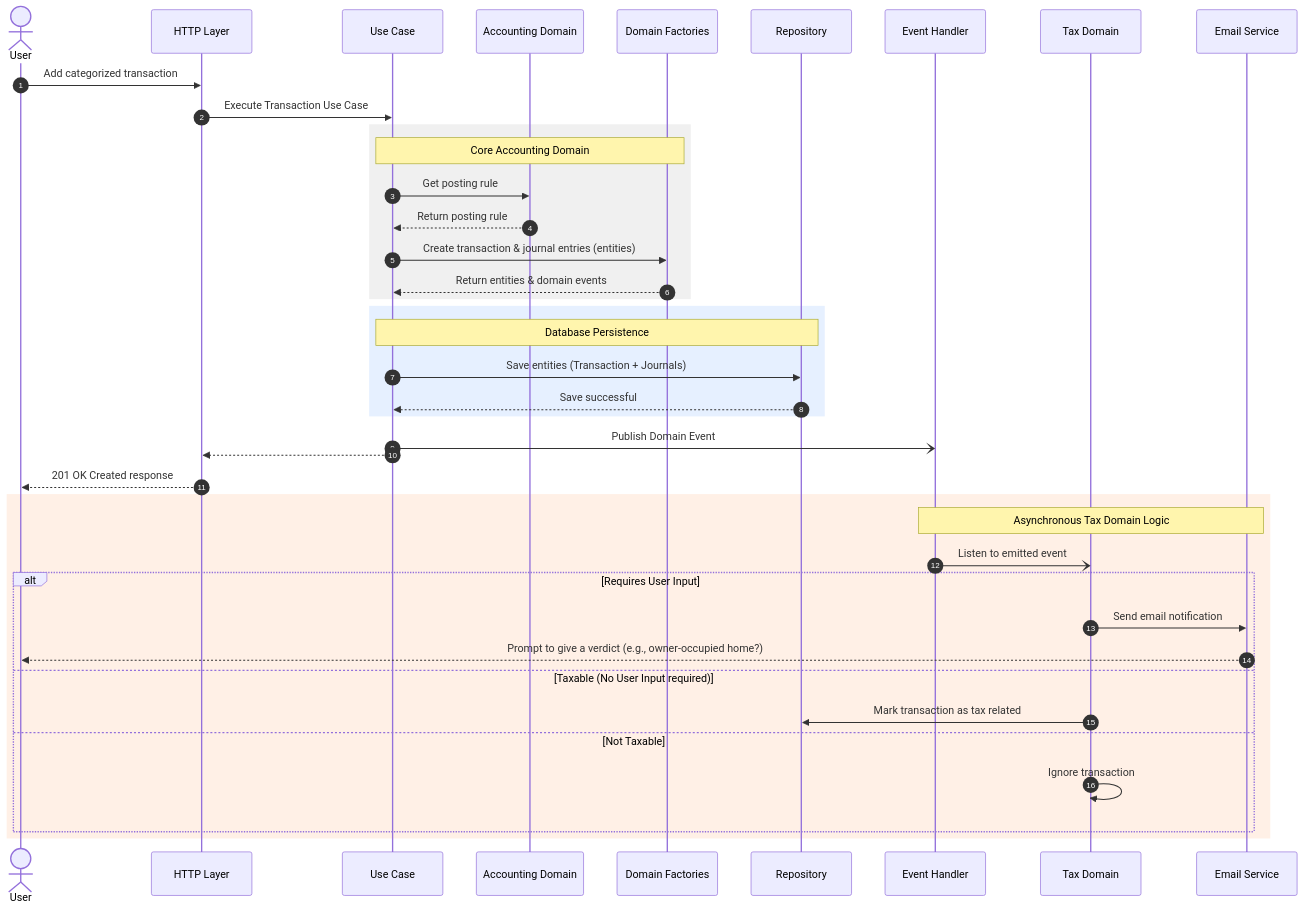
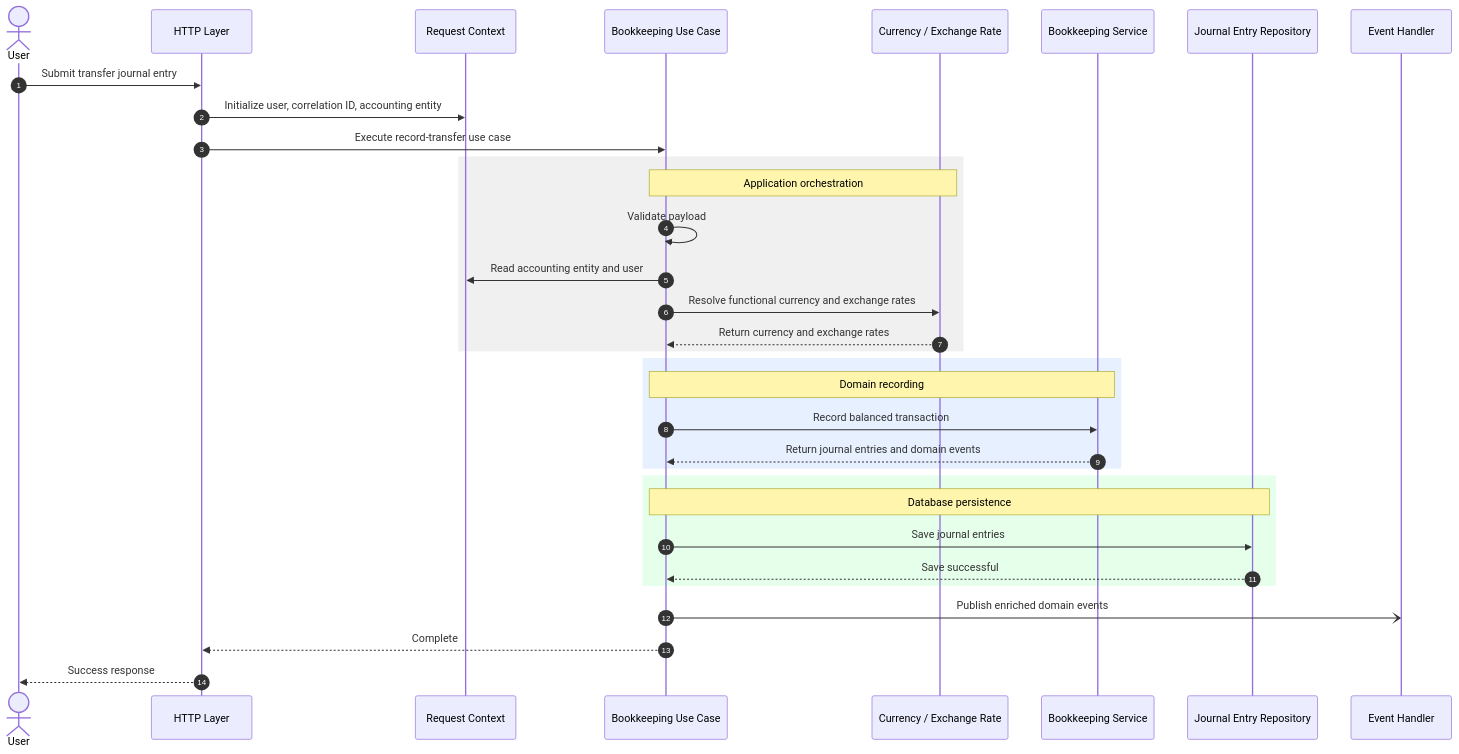
Before and after one commit to oosahon/drimsheet-core: the diagram in docs/assets/06.1-core-accounting-flow.mermaid, drawn with Mermaid. The commit also changed 476 other files, not shown here.

```diff
--- a/docs/assets/06.1-core-accounting-flow.mermaid
+++ b/docs/assets/06.1-core-accounting-flow.mermaid
@@ -1,50 +1,42 @@
 ---
 config:
   layout: elk
 ---
 sequenceDiagram
     autonumber
     actor User
     participant API as HTTP Layer
-    participant UC as Use Case
-    participant AccDomain as Accounting Domain
-    participant Domain as Domain Factories
-    participant Repo as Repository
+    participant Context as Request Context
+    participant UC as Bookkeeping Use Case
+    participant Currency as Currency / Exchange Rate
+    participant Bookkeeping as Bookkeeping Service
+    participant Repo as Journal Entry Repository
     participant EventBus as Event Handler
-    participant TaxDomain as Tax Domain
-    participant Notification as Email Service
 
-    User->>API: Add categorized transaction
-    API->>UC: Execute Transaction Use Case
+    User->>API: Submit transfer journal entry
+    API->>Context: Initialize user, correlation ID, accounting entity
+    API->>UC: Execute record-transfer use case
     
     rect rgb(240, 240, 240)
-        Note over UC,Domain: Core Accounting Domain
-        UC->>AccDomain: Get posting rule
-        AccDomain-->>UC: Return posting rule
-        UC->>Domain: Create transaction & journal entries (entities)
-        Domain-->>UC: Return entities & domain events
+        Note over UC,Currency: Application orchestration
+        UC->>UC: Validate payload
+        UC->>Context: Read accounting entity and user
+        UC->>Currency: Resolve functional currency and exchange rates
+        Currency-->>UC: Return currency and exchange rates
     end
     
     rect rgb(230, 240, 255)
-        Note over UC,Repo: Database Persistence
-        UC->>Repo: Save entities (Transaction + Journals)
+        Note over UC,Bookkeeping: Domain recording
+        UC->>Bookkeeping: Record balanced transaction
+        Bookkeeping-->>UC: Return journal entries and domain events
+    end
+
+    rect rgb(230, 255, 235)
+        Note over UC,Repo: Database persistence
+        UC->>Repo: Save journal entries
         Repo-->>UC: Save successful
     end
 
-    UC-)EventBus: Publish Domain Event
-    UC-->>API: 
-    API-->>User: 201 OK Created response
-
-    rect rgb(255, 240, 230)
-        Note over EventBus,Notification: Asynchronous Tax Domain Logic
-        EventBus-)TaxDomain: Listen to emitted event
-        
-        alt Requires User Input
-            TaxDomain->>Notification: Send email notification
-            Notification-->>User: Prompt to give a verdict (e.g., owner-occupied home?)
-        else Taxable (No User Input required)
-            TaxDomain->>Repo: Mark transaction as tax related
-        else Not Taxable
-            TaxDomain->>TaxDomain: Ignore transaction
-        end
-    end
+    UC-)EventBus: Publish enriched domain events
+    UC-->>API: Complete
+    API-->>User: Success response
```
